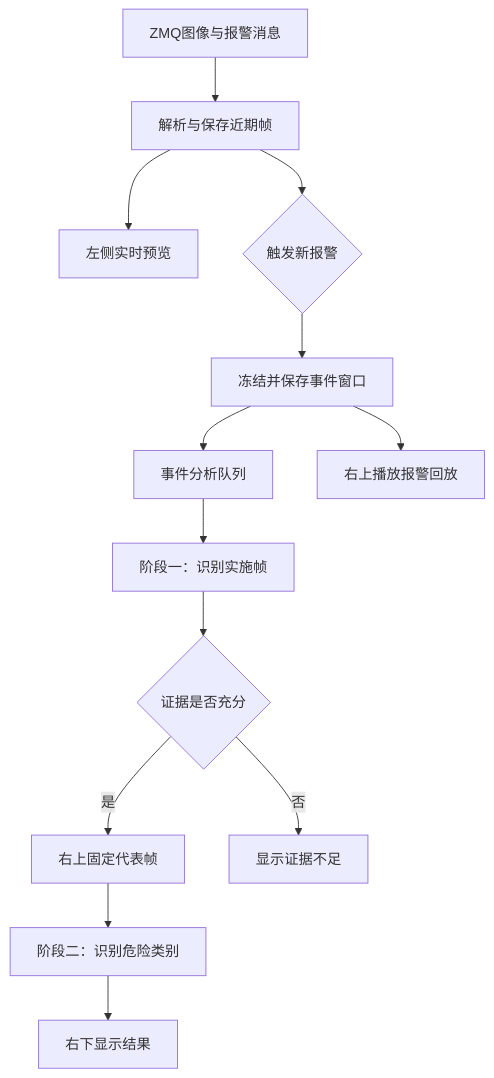
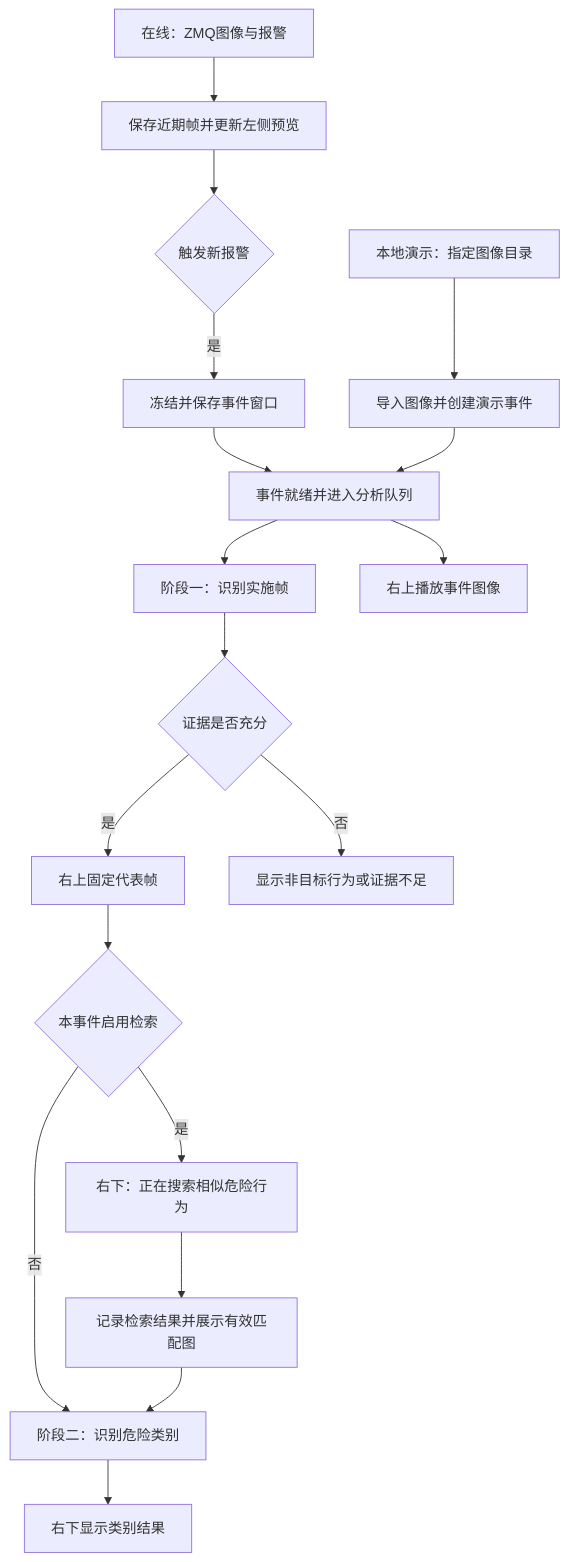
The diagram in 02_Projects/哨兵AGENT/哨兵AGENT实现方案.md (Jichao0101/Knowledge-Base), drawn with Mermaid before and after one commit. The commit also changed other lines of this file and 2 other files, not shown here.

````diff
--- a/02_Projects/哨兵AGENT/哨兵AGENT实现方案.md
+++ b/02_Projects/哨兵AGENT/哨兵AGENT实现方案.md
@@ -20,15 +31,20 @@
 ```mermaid
 flowchart TD
-    A[ZMQ图像与报警消息] --> B[解析与保存近期帧]
-    B --> C[左侧实时预览]
-    B --> D{触发新报警}
-    D --> E[冻结并保存事件窗口]
-    E --> F[事件分析队列]
-    F --> G[阶段一：识别实施帧]
-    G --> H{证据是否充分}
-    H -->|是| I[右上固定代表帧]
-    I --> J[阶段二：识别危险类别]
-    J --> K[右下显示结果]
-    H -->|否| L[显示证据不足]
-    E --> M[右上播放报警回放]
+    A[在线：ZMQ图像与报警] --> B[保存近期帧并更新左侧预览]
+    B --> C{触发新报警}
+    C -->|是| D[冻结并保存事件窗口]
+    E[本地演示：指定图像目录] --> F[导入图像并创建演示事件]
+    D --> G[事件就绪并进入分析队列]
+    F --> G
+    G --> H[阶段一：识别实施帧]
+    H --> I{证据是否充分}
+    I -->|是| J[右上固定代表帧]
+    J --> K{本事件启用检索}
+    K -->|否| N[阶段二：识别危险类别]
+    K -->|是| L[右下：正在搜索相似危险行为]
+    L --> M[记录检索结果并展示有效匹配图]
+    M --> N
+    N --> O[右下显示类别结果]
+    I -->|否| P[显示非目标行为或证据不足]
+    G --> Q[右上播放事件图像]
 ```
````
